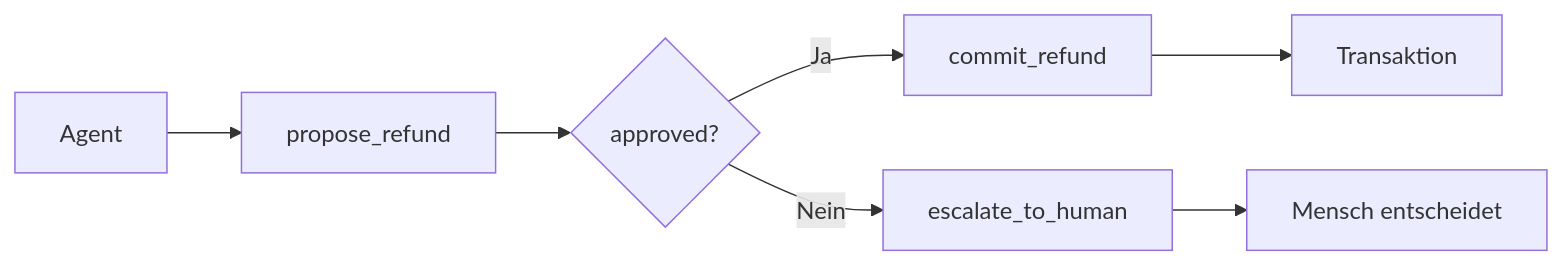
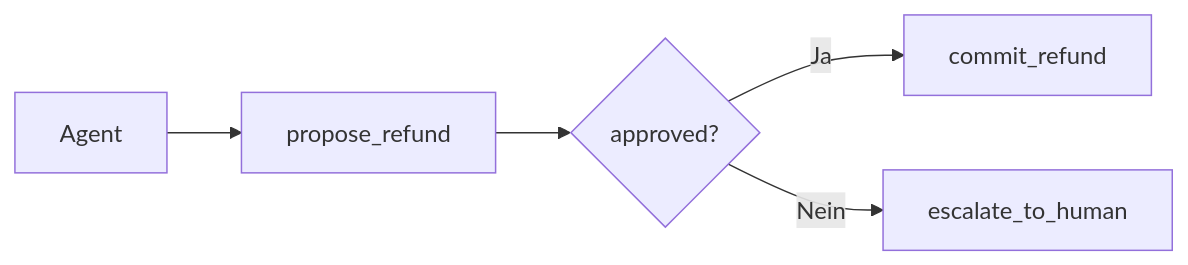
The second of 2 diagrams in docs/concepts/Tool_Use_Function_Calling.md (ralf-42/Agenten), drawn with Mermaid before and after one commit. The commit also changed other lines of this file and 15 other files, not shown here.

````diff
--- a/docs/concepts/Tool_Use_Function_Calling.md
+++ b/docs/concepts/Tool_Use_Function_Calling.md
@@ -368,9 +364,7 @@
 ```mermaid
 flowchart LR
     A[Agent] --> B[propose_refund]
     B --> C{approved?}
     C -->|Ja| D[commit_refund]
     C -->|Nein| E[escalate_to_human]
-    D --> F[Transaktion]
-    E --> G[Mensch entscheidet]
 ```
````
